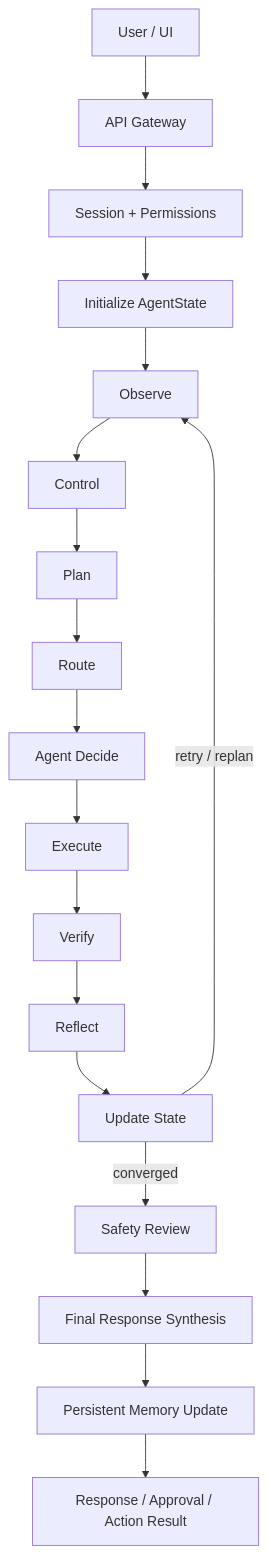
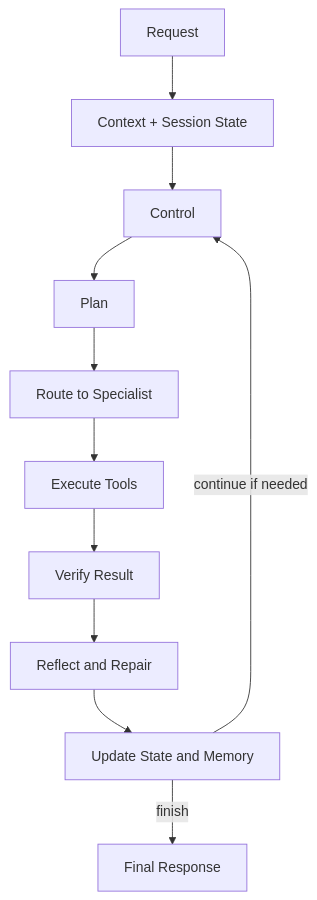
Before and after one commit to Kumarbegnier/Neeraj_personal_agent: the diagram in ARCHITECTURE.md, drawn with Mermaid. The commit also changed other lines of this file and 1 other file, not shown here.

````diff
--- a/ARCHITECTURE.md
+++ b/ARCHITECTURE.md
@@ -5,20 +9,13 @@
 ```mermaid
 flowchart TD
-    A[User / UI] --> B[API Gateway]
-    B --> C[Session + Permissions]
-    C --> D[Initialize AgentState]
-    D --> E[Observe]
-    E --> F[Control]
-    F --> G[Plan]
-    G --> H[Route]
-    H --> I[Agent Decide]
-    I --> J[Execute]
-    J --> K[Verify]
-    K --> L[Reflect]
-    L --> M[Update State]
-    M -->|retry / replan| E
-    M -->|converged| N[Safety Review]
-    N --> O[Final Response Synthesis]
-    O --> P[Persistent Memory Update]
-    P --> Q[Response / Approval / Action Result]
+    A[Request] --> B[Context + Session State]
+    B --> C[Control]
+    C --> D[Plan]
+    D --> E[Route to Specialist]
+    E --> F[Execute Tools]
+    F --> G[Verify Result]
+    G --> H[Reflect and Repair]
+    H --> I[Update State and Memory]
+    I -->|continue if needed| C
+    I -->|finish| J[Final Response]
 ```
````
